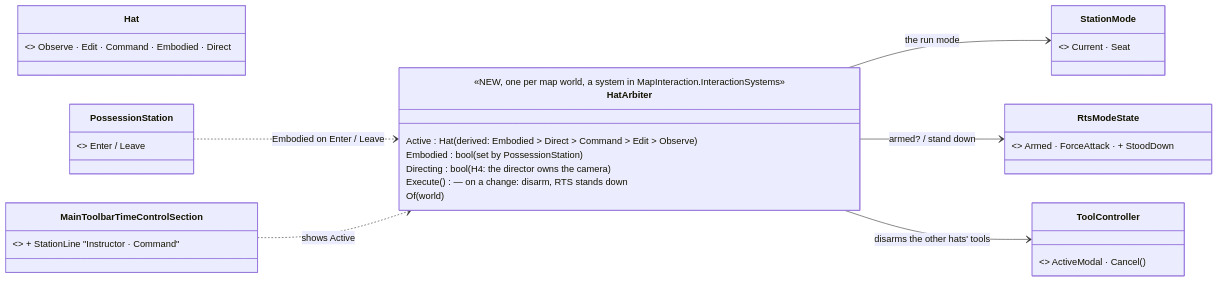
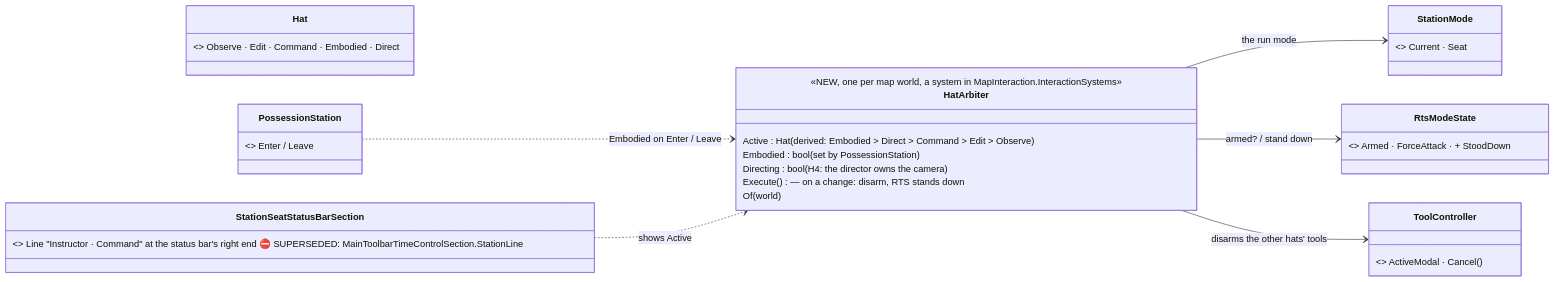
Before and after one commit to pjanec/HROT: the fifth of 7 diagrams in docs/UX/DESIGN_Seats_And_Hats.md, drawn with Mermaid. The commit also changed other lines of this file and 8 other files, not shown here.

First line of the commit message:
feat(ui): CE-4329 (R-4170) - the seat . hat text moves from the main toolbar to the status bar's right end

````diff
--- a/docs/UX/DESIGN_Seats_And_Hats.md
+++ b/docs/UX/DESIGN_Seats_And_Hats.md
@@ -271,23 +271,23 @@
 ```mermaid
 classDiagram
   direction LR
   class Hat { <<NEW enum, Hrot.Common.Editing>> Observe · Edit · Command · Embodied · Direct }
   class HatArbiter {
     <<NEW, one per map world, a system in MapInteraction.InteractionSystems>>
     Active : Hat  (derived: Embodied > Direct > Command > Edit > Observe)
     Embodied : bool  (set by PossessionStation)
     Directing : bool  (H4: the director owns the camera)
     Execute() — on a change: disarm, RTS stands down
     Of(world)
   }
   class RtsModeState { <<existing>> Armed · ForceAttack · + StoodDown }
   class ToolController { <<existing>> ActiveModal · Cancel() }
   class StationMode { <<existing, H2>> Current · Seat }
   class PossessionStation { <<existing>> Enter / Leave }
-  class MainToolbarTimeControlSection { <<existing>> + StationLine "Instructor · Command" }
+  class StationSeatStatusBarSection { <<NEW, CE-4329>> Line "Instructor · Command" at the status bar's right end ⛔ SUPERSEDED: MainToolbarTimeControlSection.StationLine }
   HatArbiter --> StationMode : the run mode
   HatArbiter --> RtsModeState : armed? / stand down
   HatArbiter --> ToolController : disarms the other hats' tools
   PossessionStation ..> HatArbiter : Embodied on Enter / Leave
-  MainToolbarTimeControlSection ..> HatArbiter : shows Active
+  StationSeatStatusBarSection ..> HatArbiter : shows Active
 ```
````
